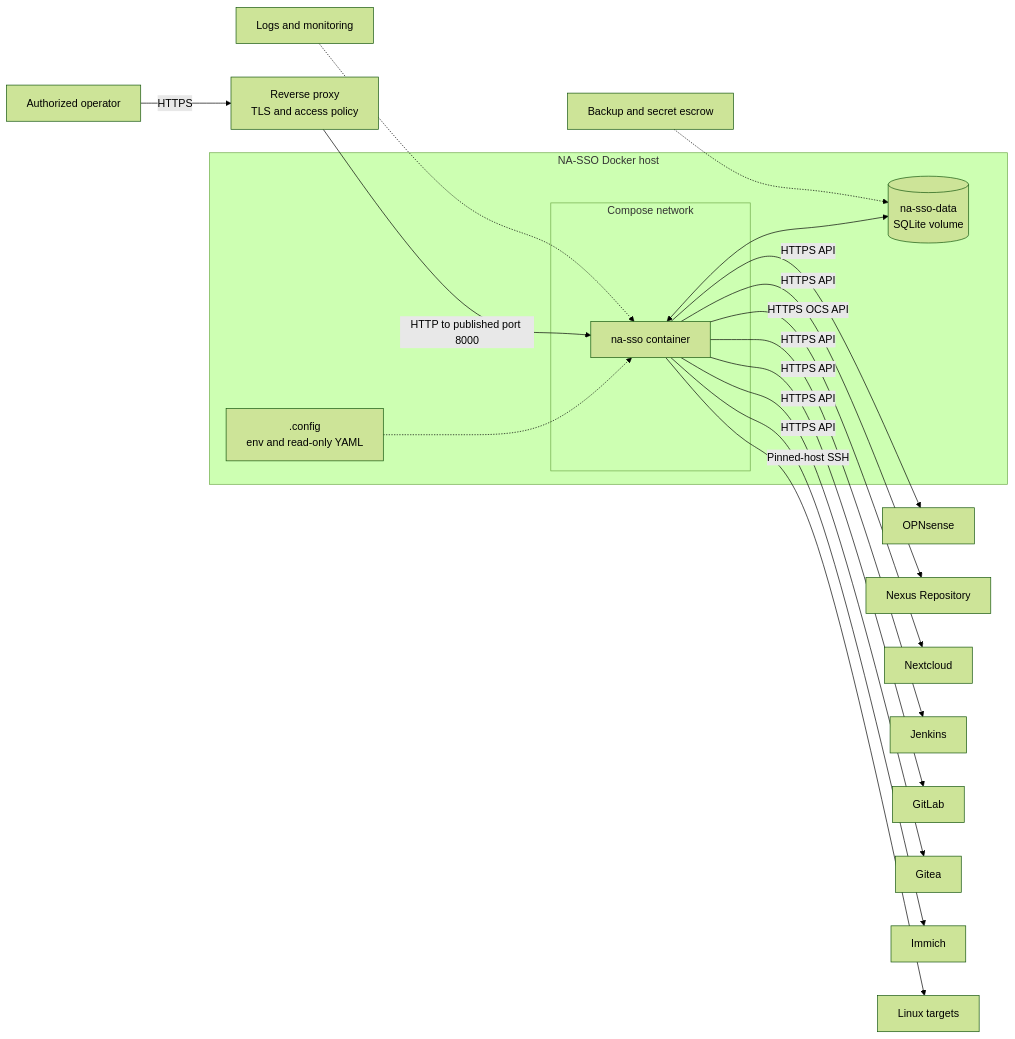
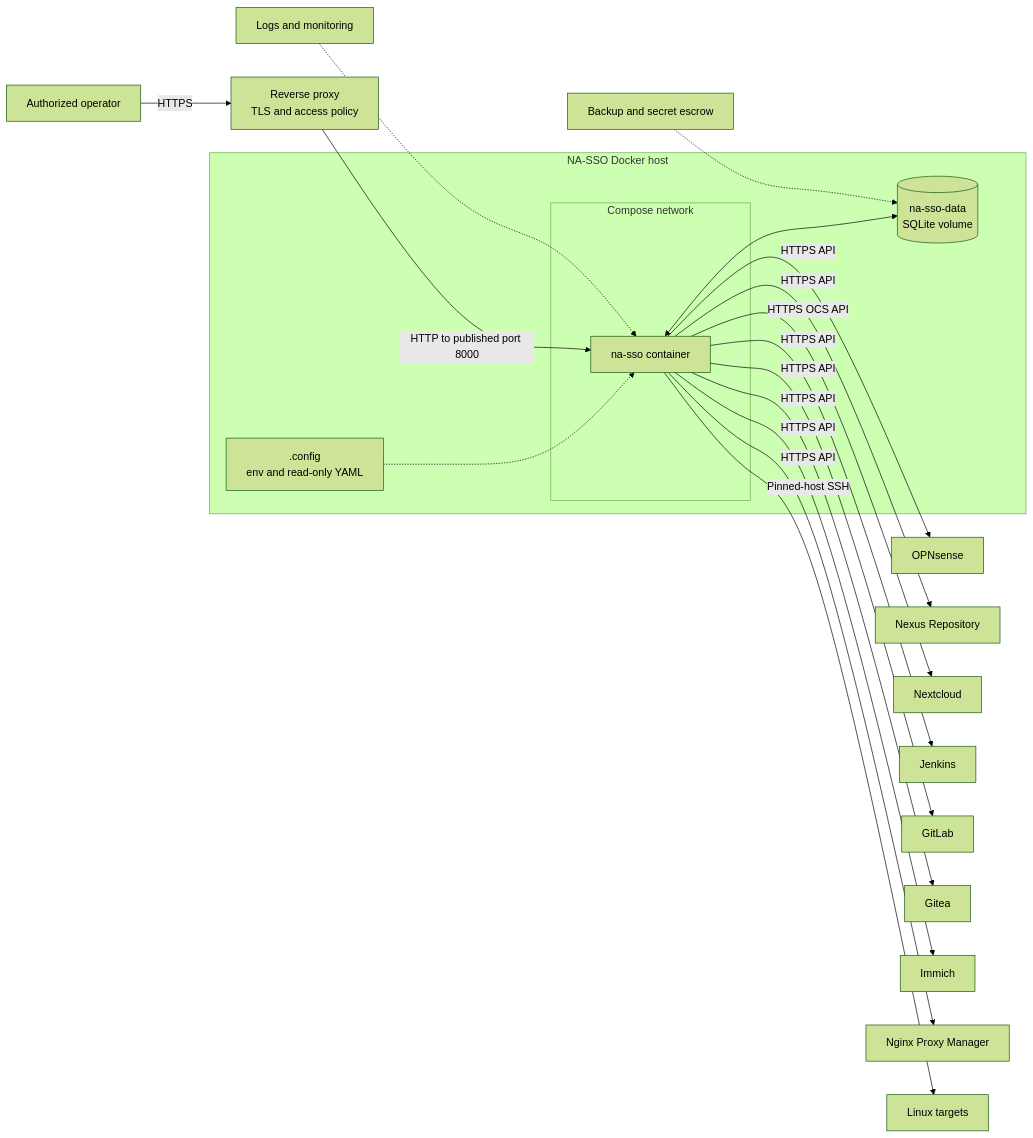
The diagram in docs/PRODUCTION.md (jpbaking/na-sso), drawn with Mermaid (forest theme) before and after one commit. The commit also changed other lines of this file and 21 other files, not shown here.

First line of the commit message:
Add Nginx Proxy Manager target support

````diff
--- a/docs/PRODUCTION.md
+++ b/docs/PRODUCTION.md
@@ -35,25 +35,26 @@
 ```mermaid
 flowchart LR
     Operator["Authorized operator"] -->|"HTTPS"| Proxy["Reverse proxy<br/>TLS and access policy"]
 
     subgraph Host["NA-SSO Docker host"]
         subgraph Network["Compose network"]
             App["na-sso container"]
         end
         Config[".config<br/>env and read-only YAML"] -.-> App
         App <--> Data[("na-sso-data<br/>SQLite volume")]
     end
 
     Proxy -->|"HTTP to published port 8000"| App
     App -->|"HTTPS API"| OPNsense["OPNsense"]
     App -->|"HTTPS API"| Nexus["Nexus Repository"]
     App -->|"HTTPS OCS API"| Nextcloud["Nextcloud"]
     App -->|"HTTPS API"| Jenkins["Jenkins"]
     App -->|"HTTPS API"| GitLab["GitLab"]
     App -->|"HTTPS API"| Gitea["Gitea"]
     App -->|"HTTPS API"| Immich["Immich"]
+    App -->|"HTTPS API"| NPM["Nginx Proxy Manager"]
     App -->|"Pinned-host SSH"| Linux["Linux targets"]
 
     Backup["Backup and secret escrow"] -.-> Data
     Monitor["Logs and monitoring"] -.-> App
 ```
````
